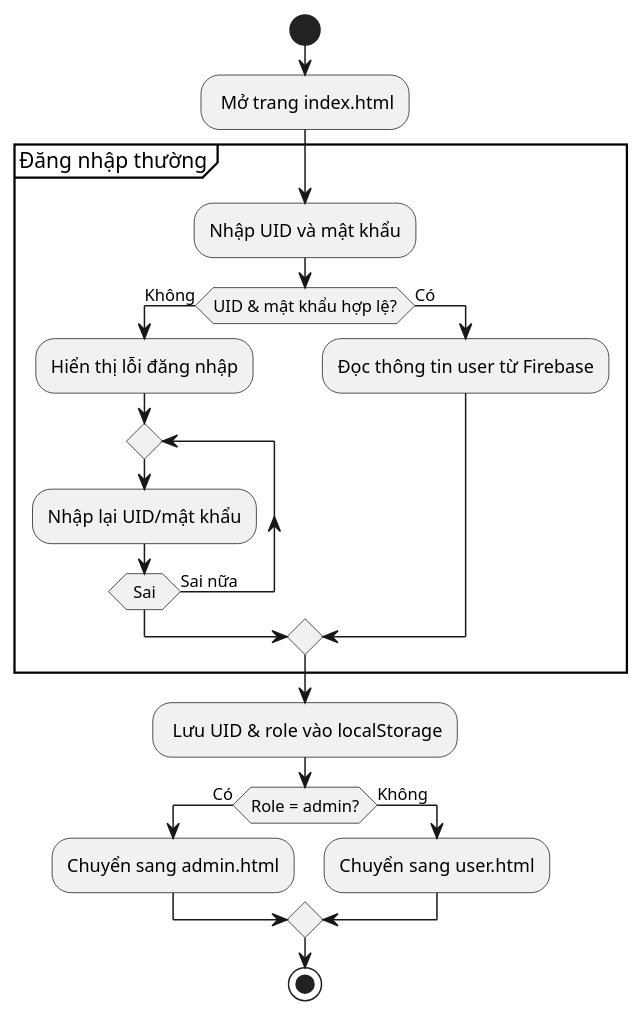
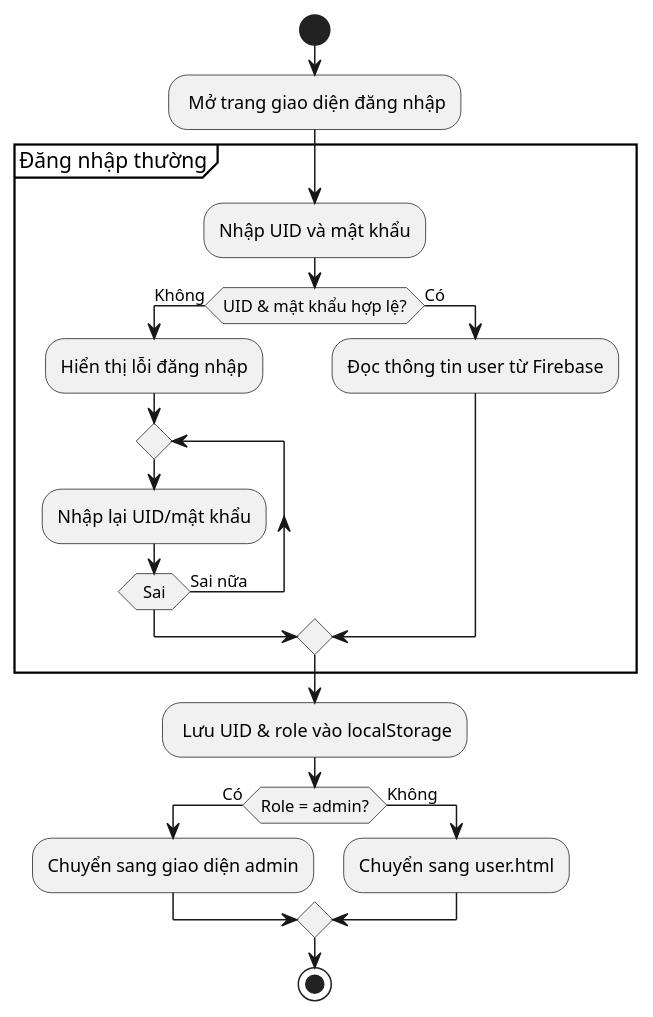
Before and after one commit to NThanhPhat2K3/web-happy-smart-lunch: the diagram in flow_main.puml, drawn with PlantUML. The commit also changed 8 other files, not shown here.

```diff
--- a/flow_main.puml
+++ b/flow_main.puml
@@ -1,27 +1,27 @@
 @startuml
 start
 
-: Mở trang index.html;
+: Mở trang giao diện đăng nhập;
 
 partition "Đăng nhập thường" {
     :Nhập UID và mật khẩu;
     if (UID & mật khẩu hợp lệ?) then (Không)
         :Hiển thị lỗi đăng nhập;
         repeat
             :Nhập lại UID/mật khẩu;
         repeat while (Sai) is (Sai nữa)
     else (Có)
         :Đọc thông tin user từ Firebase;
     endif
 }
 
 : Lưu UID & role vào localStorage;
 
 if (Role = admin?) then (Có)
-    :Chuyển sang admin.html;
+    :Chuyển sang giao diện admin;
 else (Không)
     :Chuyển sang user.html;
 endif
 
 stop
 @enduml
```
